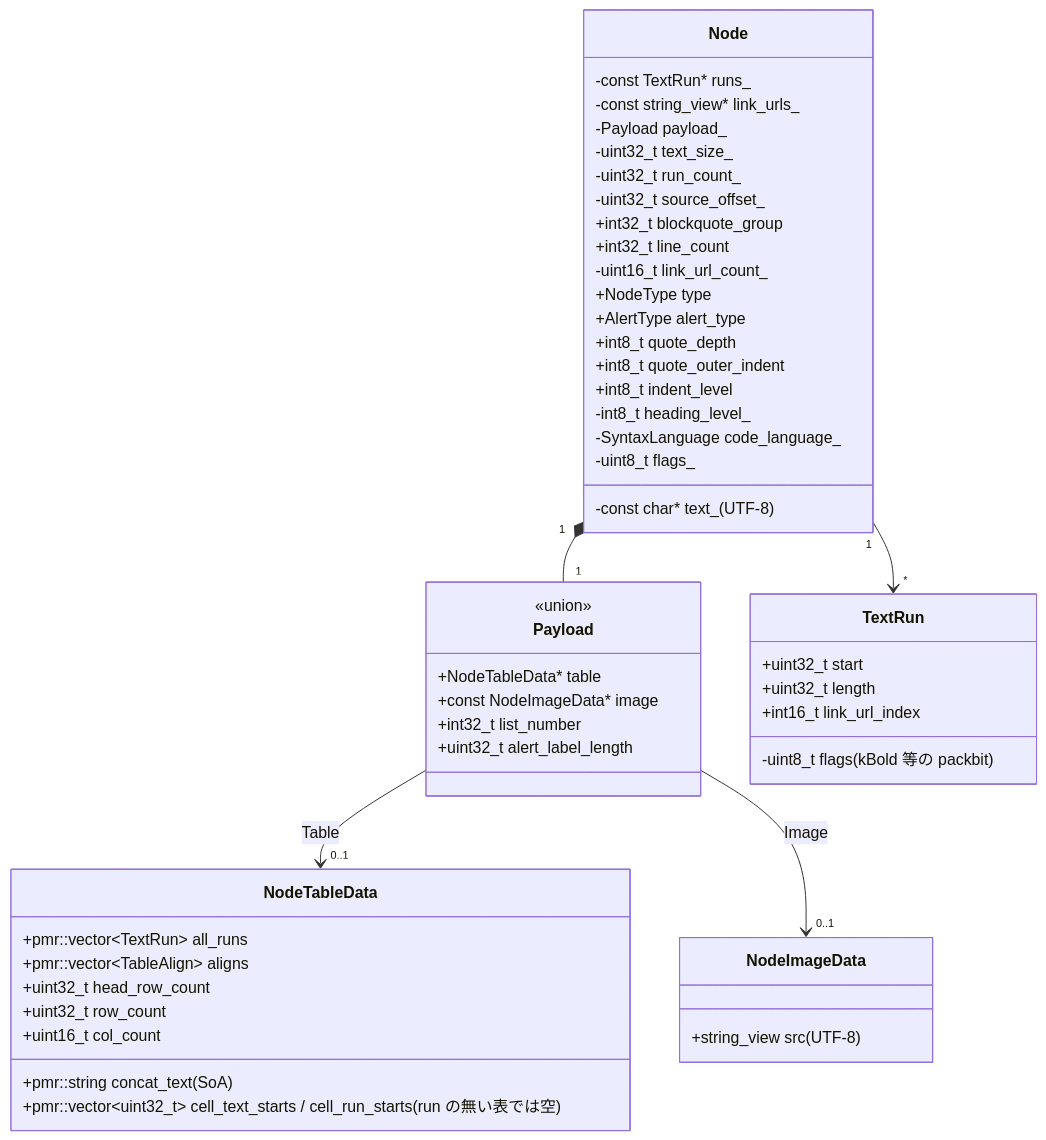
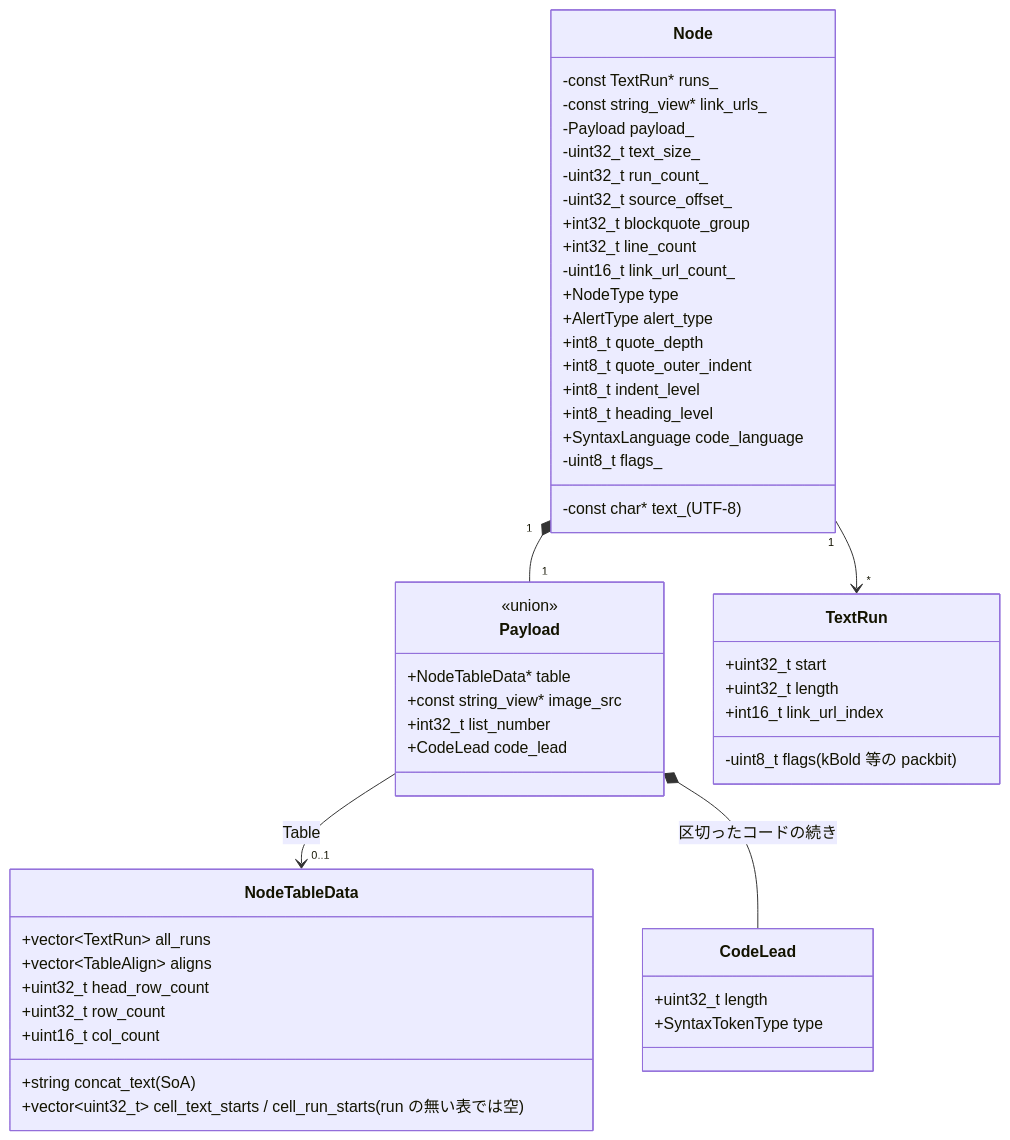
Before and after one commit to tanaton/mendo: diagram 15 of 27 in example/test.md, drawn with Mermaid. The commit also changed other lines of this file and 119 other files, not shown here.

````diff
--- a/example/test.md
+++ b/example/test.md
@@ -2765,57 +2803,58 @@
 ```mermaid
 classDiagram
     class Node {
         -const char* text_ (UTF-8)
         -const TextRun* runs_
         -const string_view* link_urls_
         -Payload payload_
         -uint32_t text_size_
         -uint32_t run_count_
         -uint32_t source_offset_
         +int32_t blockquote_group
         +int32_t line_count
         -uint16_t link_url_count_
         +NodeType type
         +AlertType alert_type
         +int8_t quote_depth
         +int8_t quote_outer_indent
         +int8_t indent_level
-        -int8_t heading_level_
-        -SyntaxLanguage code_language_
+        +int8_t heading_level
+        +SyntaxLanguage code_language
         -uint8_t flags_
     }
 
     class Payload {
         <<union>>
         +NodeTableData* table
-        +const NodeImageData* image
+        +const string_view* image_src
         +int32_t list_number
-        +uint32_t alert_label_length
+        +CodeLead code_lead
+    }
+
+    class CodeLead {
+        +uint32_t length
+        +SyntaxTokenType type
     }
 
     class NodeTableData {
-        +pmr::string concat_text (SoA)
-        +pmr::vector~TextRun~ all_runs
-        +pmr::vector~uint32_t~ cell_text_starts / cell_run_starts (run の無い表では空)
-        +pmr::vector~TableAlign~ aligns
+        +string concat_text (SoA)
+        +vector~TextRun~ all_runs
+        +vector~uint32_t~ cell_text_starts / cell_run_starts (run の無い表では空)
+        +vector~TableAlign~ aligns
         +uint32_t head_row_count
         +uint32_t row_count
         +uint16_t col_count
-    }
-
-    class NodeImageData {
-        +string_view src (UTF-8)
     }
 
     class TextRun {
         +uint32_t start
         +uint32_t length
         +int16_t link_url_index
         -uint8_t flags (kBold 等の packbit)
     }
 
     Node "1" --> "*" TextRun
     Node "1" *-- "1" Payload
     Payload --> "0..1" NodeTableData : Table
-    Payload --> "0..1" NodeImageData : Image
+    Payload *-- CodeLead : 区切ったコードの続き
 ```
````
